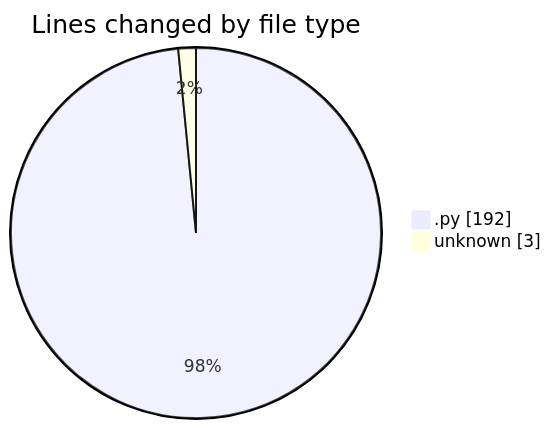
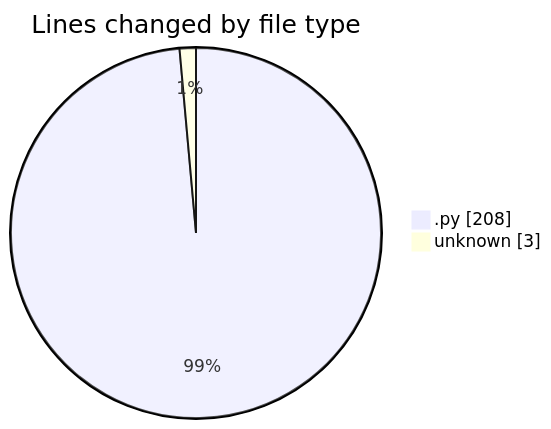
Before and after one commit to CELIANVF/code-tracking: the first of 2 diagrams in 2025-01-21/monteur_automatique/README.md, drawn with Mermaid. The commit also changed other lines of this file and 1 other file, not shown here.

````diff
--- a/2025-01-21/monteur_automatique/README.md
+++ b/2025-01-21/monteur_automatique/README.md
@@ -23,6 +23,6 @@
 ```mermaid
 pie showData
 title Lines changed by file type
-".py" : 192
+".py" : 208
 "unknown" : 3
 ```
````
